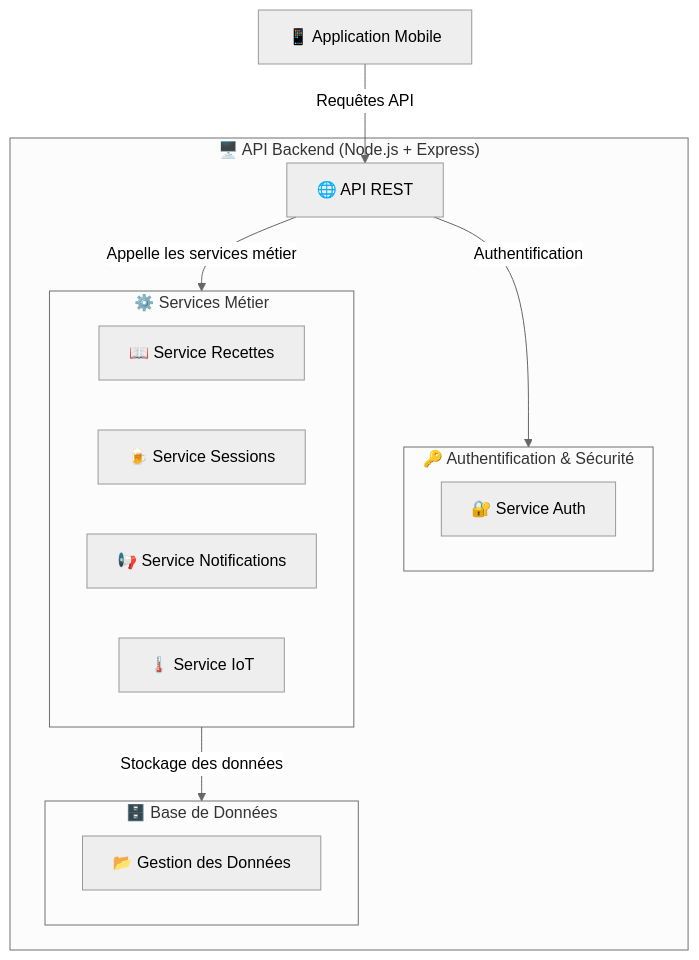
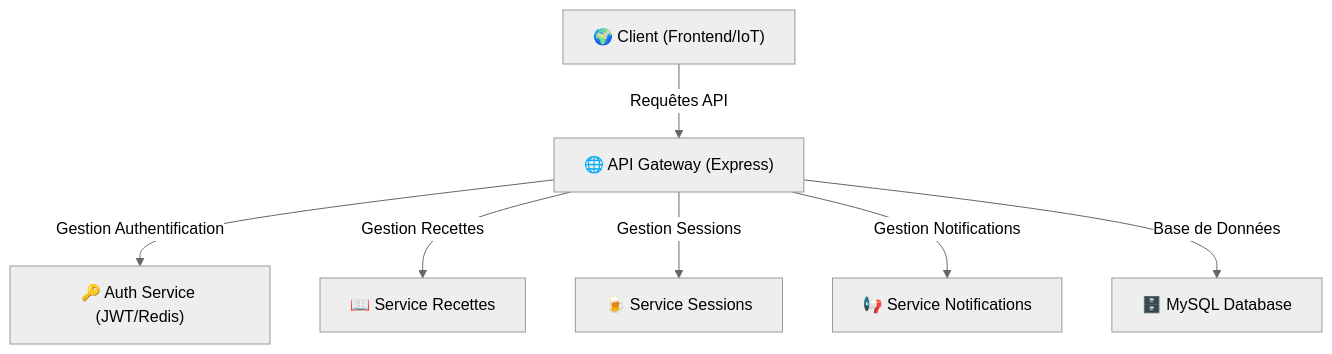
Before and after one commit to benoit-bremaud/brasse-bouillon: the diagram in docs/architecture/backend/backend_architecture.md, drawn with Mermaid (neutral theme). The commit also changed other lines of this file and 1 other file, not shown here.

Commit message:
feat(docs): update frontend architecture documentation with improved structure and UML diagrams

````diff
--- a/docs/architecture/backend/backend_architecture.md
+++ b/docs/architecture/backend/backend_architecture.md
@@ -27,26 +67,9 @@
 ```mermaid
 graph TD;
-    subgraph Backend["🖥️ API Backend (Node.js + Express)"]
-        API["🌐 API REST"]
-        
-        subgraph Auth["🔑 Authentification & Sécurité"]
-            AuthService["🔐 Service Auth"]
-        end
-
-        subgraph Services["⚙️ Services Métier"]
-            RecipeService["📖 Service Recettes"]
-            SessionService["🍺 Service Sessions"]
-            NotificationService["📢 Service Notifications"]
-            IoTService["🌡️ Service IoT"]
-        end
-
-        subgraph Database["🗄️ Base de Données"]
-            DB["📂 Gestion des Données"]
-        end
-    end
-
-    Frontend["📱 Application Mobile"] -->|Requêtes API| API
-    API -->|Authentification| Auth
-    API -->|Appelle les services métier| Services
-    Services -->|Stockage des données| Database
+    Client["🌍 Client (Frontend/IoT)"] -->|Requêtes API| API_Gateway["🌐 API Gateway (Express)"]
+    API_Gateway -->|Gestion Authentification| Auth_Service["🔑 Auth Service (JWT/Redis)"]
+    API_Gateway -->|Gestion Recettes| Recipe_Service["📖 Service Recettes"]
+    API_Gateway -->|Gestion Sessions| Brew_Session_Service["🍺 Service Sessions"]
+    API_Gateway -->|Gestion Notifications| Notification_Service["📢 Service Notifications"]
+    API_Gateway -->|Base de Données| Database["🗄️ MySQL Database"]
 ```
````
